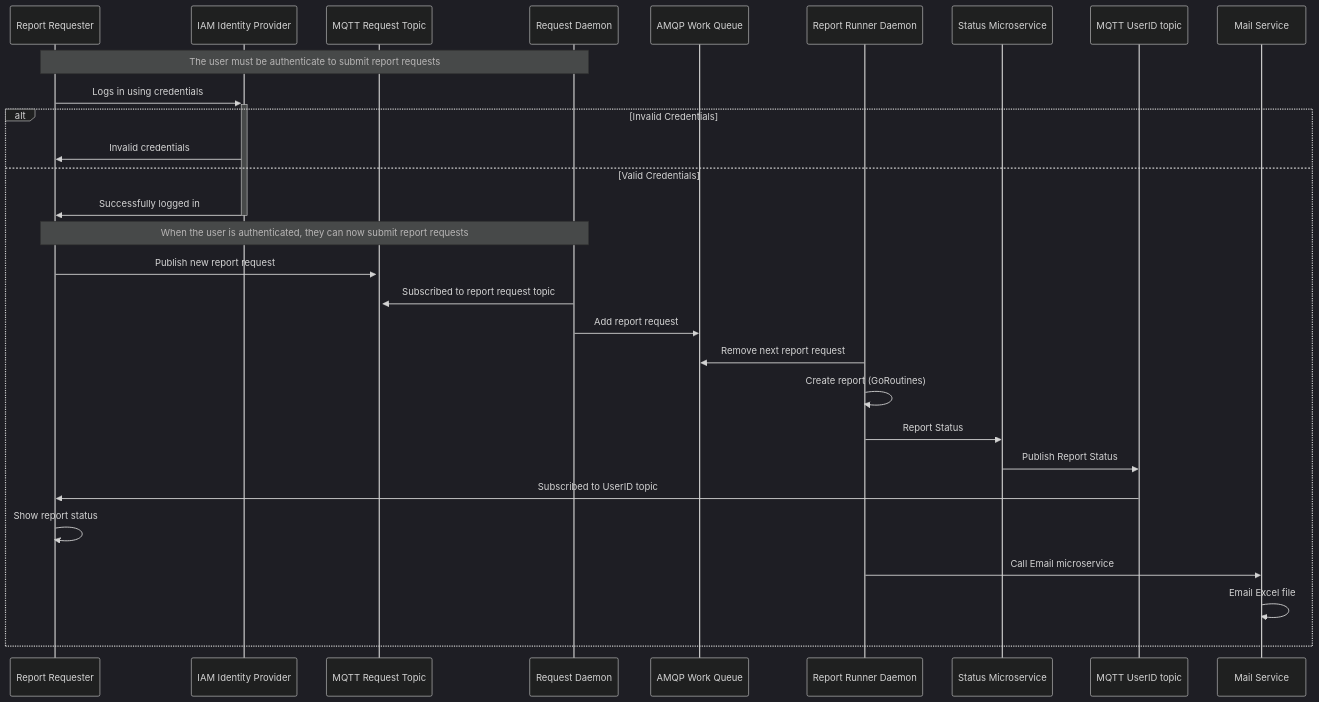
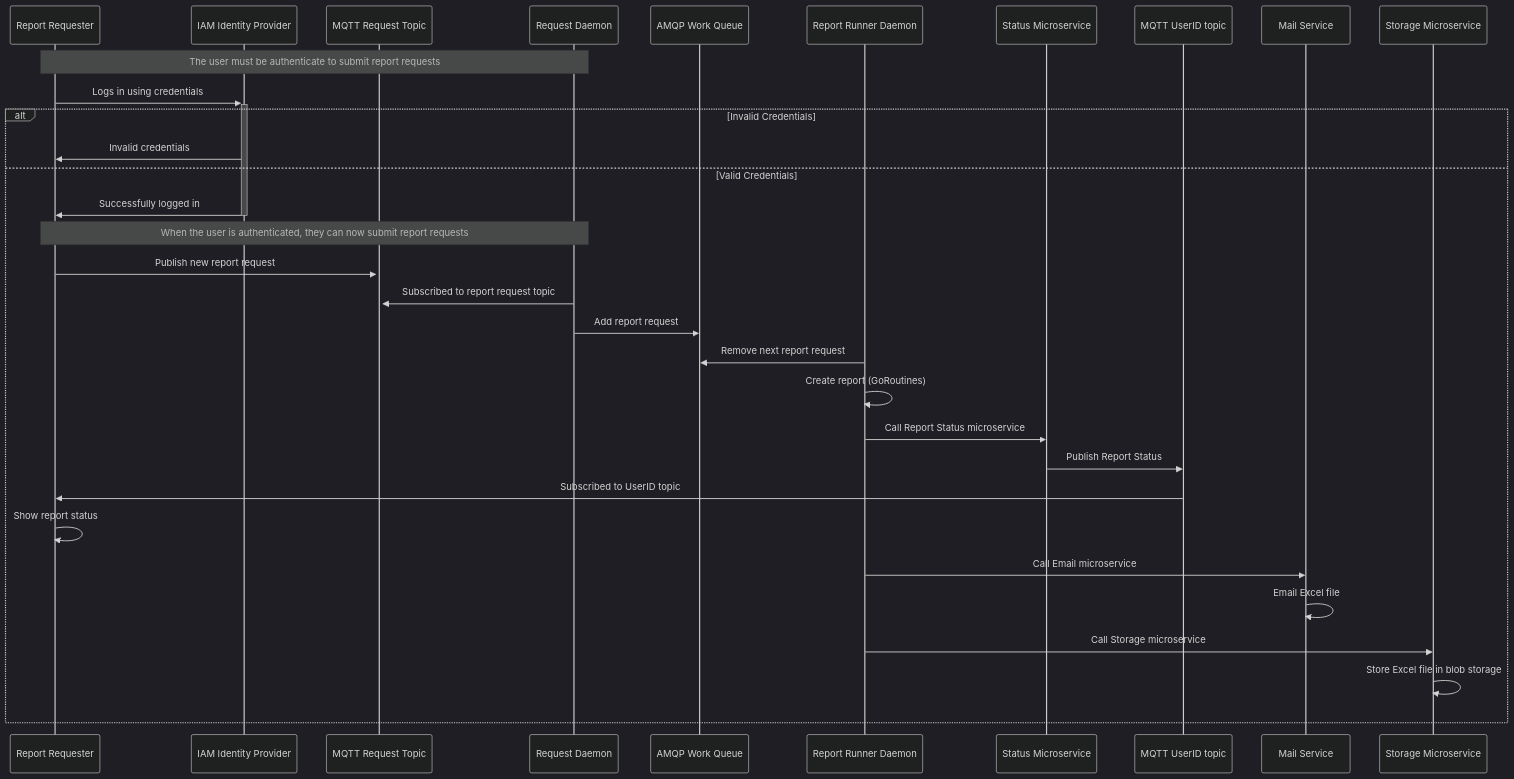
Before and after one commit to brentgroves/repsys: the second of 2 diagrams in development/report_system/sequence_block.md, drawn with Mermaid (dark theme). The commit also changed other lines of this file and 3 other files, not shown here.

````diff
--- a/development/report_system/sequence_block.md
+++ b/development/report_system/sequence_block.md
@@ -71,36 +74,39 @@
 ```mermaid
 sequenceDiagram
     participant requester as Report Requester
     participant identity as IAM Identity Provider
     participant request_topic as MQTT Request Topic
     participant request_daemon as Request Daemon
     participant work_queue as AMQP Work Queue
     participant runner_daemon as Report Runner Daemon
     participant status_microservice as Status Microservice
     participant userid_topic as MQTT UserID topic
     participant mailer as Mail Service
+    participant storage_microservice as Storage Microservice
 
     Note over requester,request_daemon: The user must be authenticate to submit report requests
     requester->>+identity: Logs in using credentials
 
     alt Invalid Credentials
         identity->>requester: Invalid credentials
     else Valid Credentials
         identity->>-requester: Successfully logged in
 
         Note over requester,request_daemon: When the user is authenticated, they can now submit report requests
         requester->>+request_topic: Publish new report request
         request_daemon->>request_topic: Subscribed to report request topic
         request_daemon->>work_queue: Add report request
         runner_daemon->>work_queue: Remove next report request
         runner_daemon->>runner_daemon: Create report (GoRoutines)
-        runner_daemon->>status_microservice: Report Status
+        runner_daemon->>status_microservice: Call Report Status microservice
         status_microservice->>userid_topic: Publish Report Status
         userid_topic->>requester: Subscribed to UserID topic
         requester->>requester: Show report status
         runner_daemon->>mailer: Call Email microservice
         mailer->>mailer: Email Excel file
+        runner_daemon->>storage_microservice: Call Storage microservice
+        storage_microservice->>storage_microservice: Store Excel file in blob storage
 
     end
 
 ```
````
